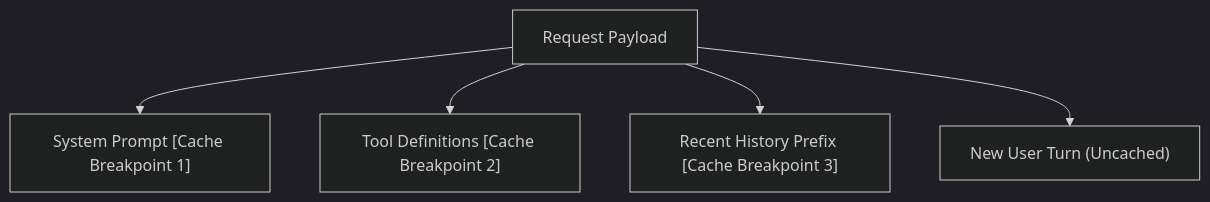
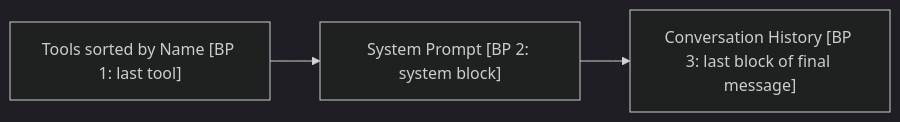
Before and after one commit to AntonioHellin/phi-code-agent: the diagram in docs/steps/19-prompt-caching.md, drawn with Mermaid (dark theme). The commit also changed other lines of this file and 5 other files, not shown here.

Commit message:
step/19-prompt-caching: feat: implement deterministic tool ordering and Anthropic prompt cache breakpoints

````diff
--- a/docs/steps/19-prompt-caching.md
+++ b/docs/steps/19-prompt-caching.md
@@ -11,8 +11,5 @@
 ```mermaid
-flowchart TD
-    Request["Request Payload"]
-    Request --> SysPrompt["System Prompt [Cache Breakpoint 1]"]
-    Request --> Tools["Tool Definitions [Cache Breakpoint 2]"]
-    Request --> Hist["Recent History Prefix [Cache Breakpoint 3]"]
-    Request --> Dynamic["New User Turn (Uncached)"]
+flowchart LR
+    Tools["Tools sorted by Name [BP 1: last tool]"] --> SysPrompt["System Prompt [BP 2: system block]"]
+    SysPrompt --> Hist["Conversation History [BP 3: last block of final message]"]
 ```
````
